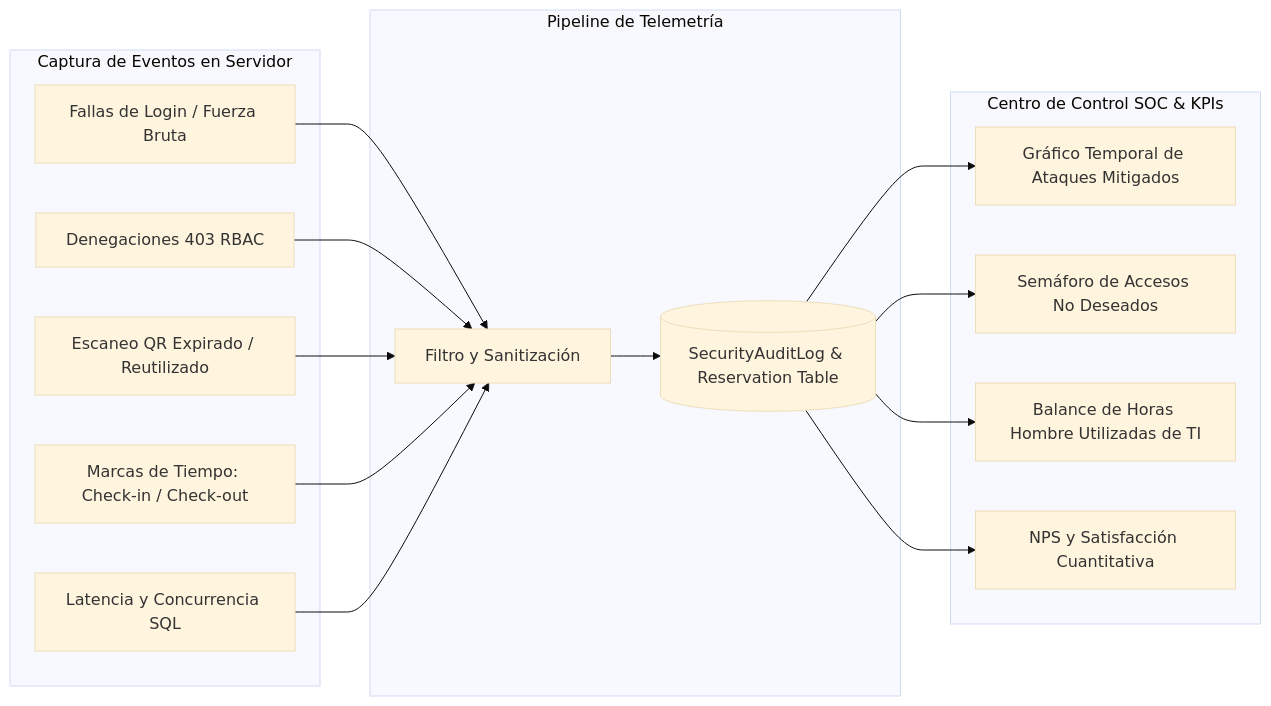
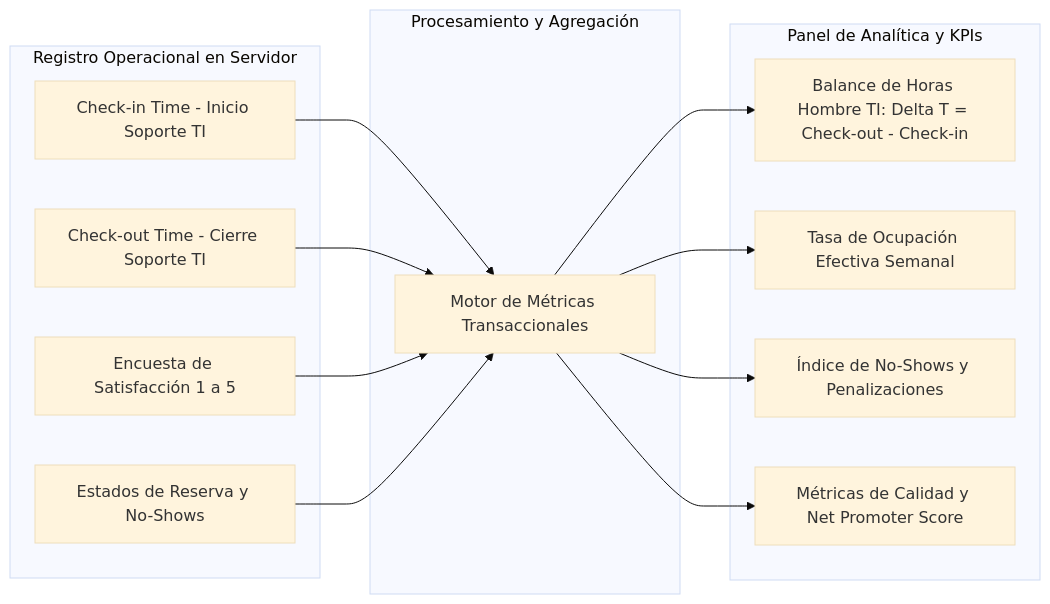
Before and after one commit to IMANDOI/sistema-gestion-auditorios-capstone: the eighth of 12 diagrams in informe_fase_1_definicion_proyecto.md, drawn with Mermaid (base theme). The commit also changed other lines of this file, not shown here.

````diff
--- a/informe_fase_1_definicion_proyecto.md
+++ b/informe_fase_1_definicion_proyecto.md
@@ -349,33 +353,29 @@
 ```mermaid
 graph LR
-    subgraph Captura de Eventos en Servidor
-        E1[Fallas de Login / Fuerza Bruta]
-        E2[Denegaciones 403 RBAC]
-        E3[Escaneo QR Expirado / Reutilizado]
-        E4[Marcas de Tiempo: Check-in / Check-out]
-        E5[Latencia y Concurrencia SQL]
+    subgraph Registro Operacional en Servidor
+        E1[Check-in Time - Inicio Soporte TI]
+        E2[Check-out Time - Cierre Soporte TI]
+        E3[Encuesta de Satisfacción 1 a 5]
+        E4[Estados de Reserva y No-Shows]
     end
 
-    subgraph Pipeline de Telemetría
-        P1[Filtro y Sanitización]
-        P2[(SecurityAuditLog & Reservation Table)]
+    subgraph Procesamiento y Agregación
+        P1[Motor de Métricas Transaccionales]
     end
 
-    subgraph Centro de Control SOC & KPIs
-        D1[Gráfico Temporal de Ataques Mitigados]
-        D2[Semáforo de Accesos No Deseados]
-        D3[Balance de Horas Hombre Utilizadas de TI]
-        D4[NPS y Satisfacción Cuantitativa]
+    subgraph Panel de Analítica y KPIs
+        D1[Balance de Horas Hombre TI: Delta T = Check-out - Check-in]
+        D2[Tasa de Ocupación Efectiva Semanal]
+        D3[Índice de No-Shows y Penalizaciones]
+        D4[Métricas de Calidad y Net Promoter Score]
     end
 
     E1 --> P1
     E2 --> P1
     E3 --> P1
     E4 --> P1
-    E5 --> P1
-    P1 --> P2
-    P2 --> D1
-    P2 --> D2
-    P2 --> D3
-    P2 --> D4
+    P1 --> D1
+    P1 --> D2
+    P1 --> D3
+    P1 --> D4
 ```
````
